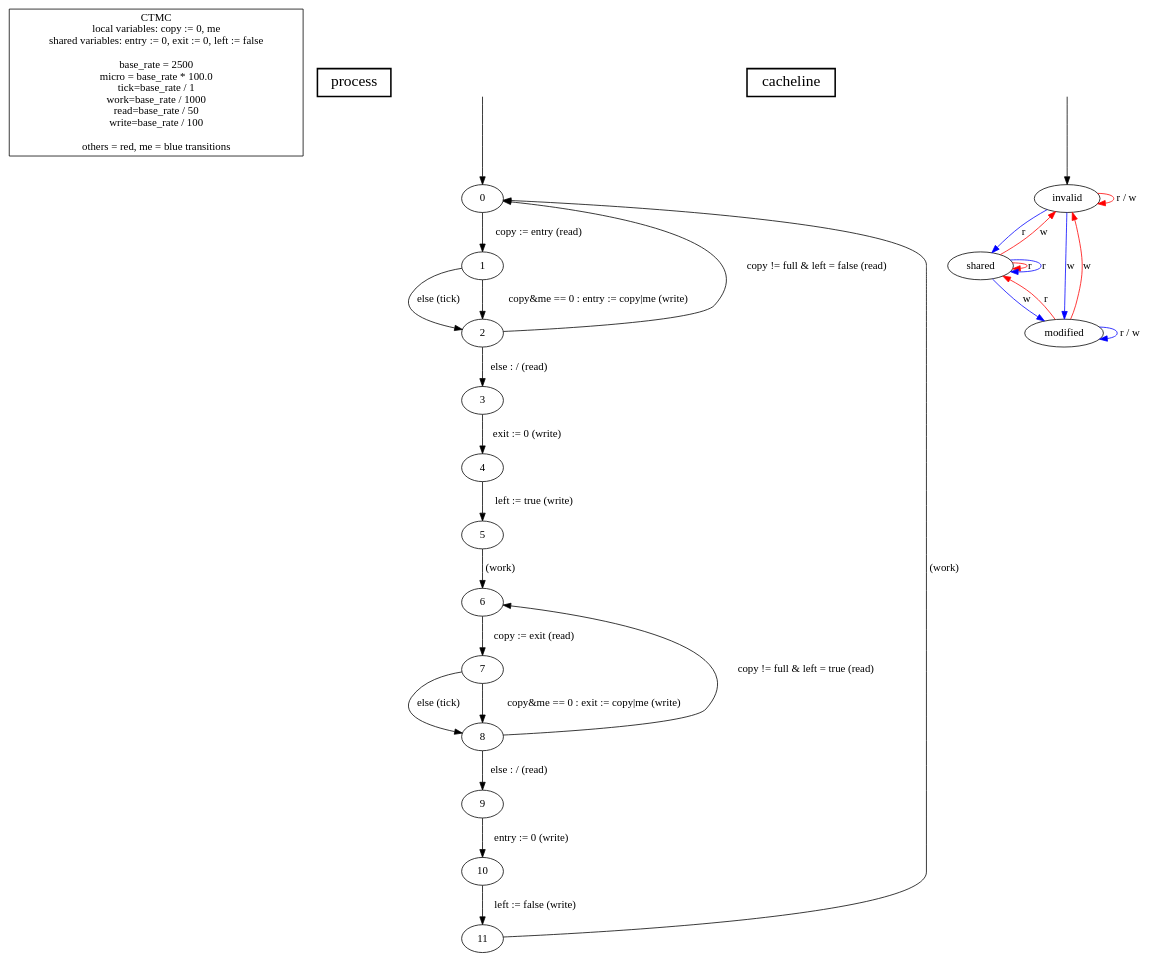
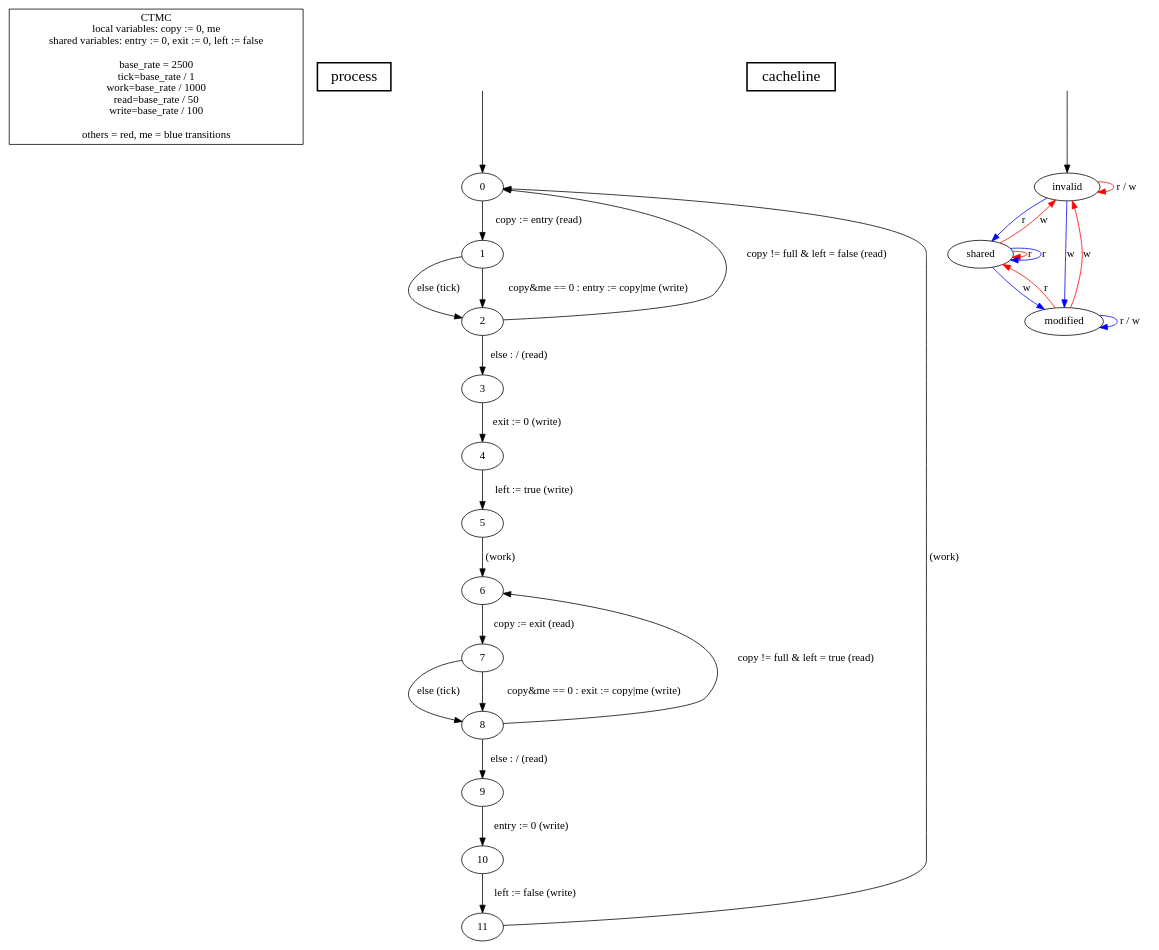
The diagram in barrier-attempt/model-prism-ctmc-with-cache-invalidation/model.dot (hydroo/minor-thesis-barriers), drawn with Graphviz before and after one commit.

Commit message:
remove unused variable from dot file

```diff
--- a/barrier-attempt/model-prism-ctmc-with-cache-invalidation/model.dot
+++ b/barrier-attempt/model-prism-ctmc-with-cache-invalidation/model.dot
@@ -1,53 +1,53 @@
 digraph {
 
-	"CTMC\nlocal variables: copy := 0, me\nshared variables: entry := 0, exit := 0, left := false\n\nbase_rate = 2500\nmicro = base_rate * 100.0\ntick=base_rate / 1\nwork=base_rate / 1000\nread=base_rate / 50\nwrite=base_rate / 100\n\nothers = red, me = blue transitions" [nojustify=true, shape=box]
+	"CTMC\nlocal variables: copy := 0, me\nshared variables: entry := 0, exit := 0, left := false\n\nbase_rate = 2500\ntick=base_rate / 1\nwork=base_rate / 1000\nread=base_rate / 50\nwrite=base_rate / 100\n\nothers = red, me = blue transitions" [nojustify=true, shape=box]
 
 	"process" [nojustify=true, shape=box, style=bold, fontsize=20]
 
 	initial_state_source [style=invis]
 
 	// process
 
 	initial_state_source -> "0"
 
 	"0"  -> "1"  [weight=10, label="copy := entry (read)"]
 	"1"  -> "2"  [label="else (tick)"]
 	"1"  -> "2"  [weight=10, label="copy&me == 0 : entry := copy|me (write)"]
 
 	"2"  -> "0"  [label="copy != full & left = false (read)"]
 	"2"  -> "3"  [weight=10, label="else : / (read)"]
 	"3"  -> "4"  [weight=10, label="exit := 0 (write)"]
 	"4"  -> "5"  [weight=10, label="left := true (write)"]
 
 	"5"  -> "6"  [weight=10, label="(work)"]
 
 	"6"  -> "7"  [weight=10, label="copy := exit (read)"]
 	"7" -> "8"   [label="else (tick)"]
 	"7" -> "8"   [weight=10, label="copy&me == 0 : exit := copy|me (write)"]
 
 	"8" -> "6"   [label="copy != full & left = true (read)"]
 	"8" -> "9"   [weight=10, label="else : / (read)"]
 	"9" -> "10"  [weight=10, label="entry := 0 (write)"]
 	"10" -> "11" [weight=10, label="left := false (write)"]
 
 	"11" -> "0"  [label="(work)"]
 
 	// cacheline
 	"cacheline" [nojustify=true, shape=box, style=bold, fontsize=20]
 
 	initial_state_source2 [style=invis]
 	initial_state_source2 -> "invalid"
 
 	"invalid"  -> "invalid"  [label="r / w", color=red]
 	"invalid"  -> "shared"   [label="r",   color=blue]
 	"invalid"  -> "modified" [label="w",   color=blue]
 
 	"shared"   -> "shared"   [label="r",   color=red]
 	"shared"   -> "invalid"  [label="w",   color=red]
 	"shared"   -> "shared"   [label="r",   color=blue]
 	"shared"   -> "modified" [label="w",   color=blue]
 
 	"modified" -> "shared"   [label="r",   color=red]
 	"modified" -> "invalid"  [label="w",   color=red]
 	"modified" -> "modified" [label="r / w", color=blue]
 }
```
